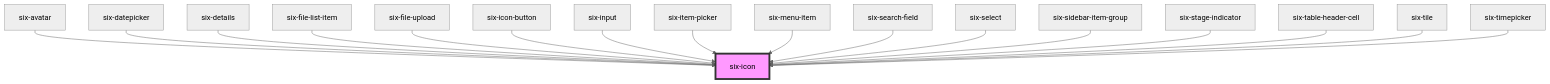
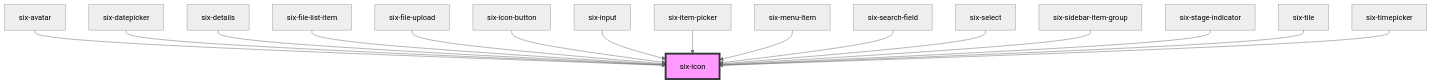
The diagram in packages/ui-library/src/components/six-icon/readme.md (six-group/six-webcomponents), drawn with Mermaid (neutral theme) before and after one commit. The commit also changed other lines of this file and 158 other files, not shown here.

````diff
--- a/packages/ui-library/src/components/six-icon/readme.md
+++ b/packages/ui-library/src/components/six-icon/readme.md
@@ -45,20 +44,19 @@
 ```mermaid
 graph TD;
   six-avatar --> six-icon
   six-datepicker --> six-icon
   six-details --> six-icon
   six-file-list-item --> six-icon
   six-file-upload --> six-icon
   six-icon-button --> six-icon
   six-input --> six-icon
   six-item-picker --> six-icon
   six-menu-item --> six-icon
   six-search-field --> six-icon
   six-select --> six-icon
   six-sidebar-item-group --> six-icon
   six-stage-indicator --> six-icon
-  six-table-header-cell --> six-icon
   six-tile --> six-icon
   six-timepicker --> six-icon
   style six-icon fill:#f9f,stroke:#333,stroke-width:4px
 ```
````
